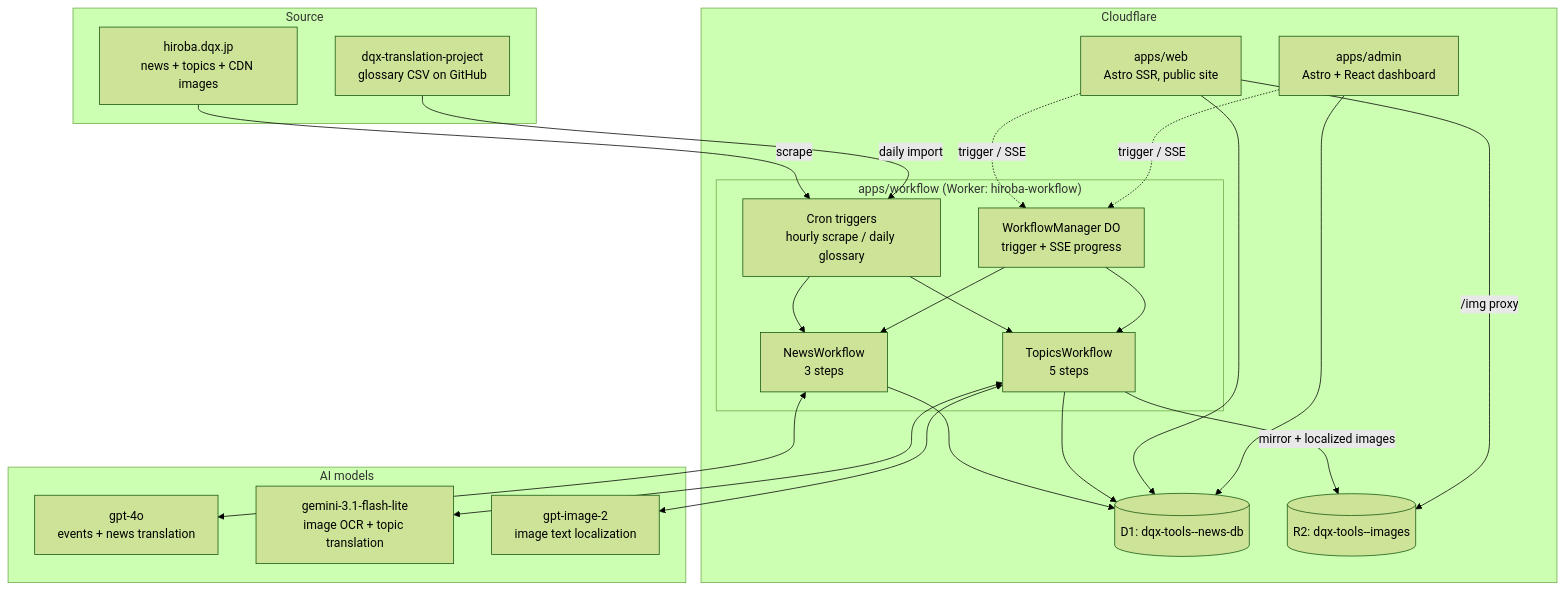
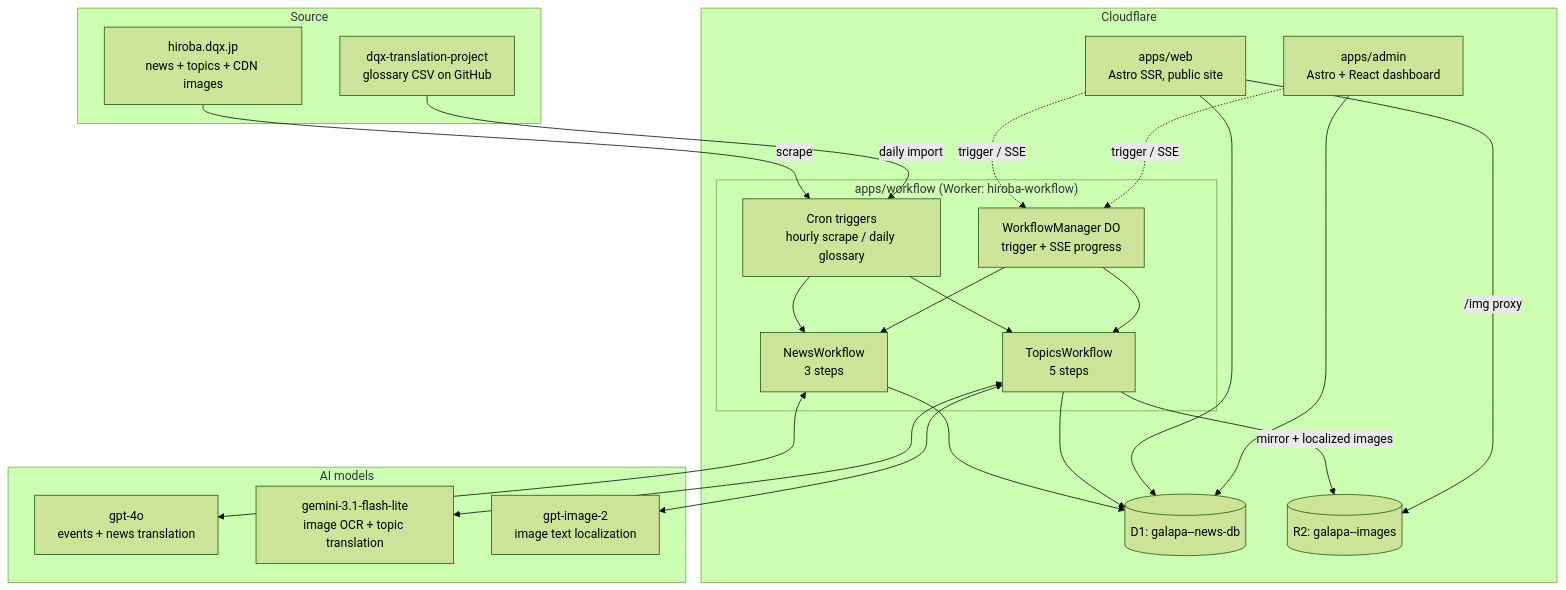
The first of 5 diagrams in README.md (galapa-dqx/hiroba), drawn with Mermaid (forest theme) before and after one commit. The commit also changed other lines of this file and 9 other files, not shown here.

First line of the commit message:
chore: rebrand to Galapa News (dqx-tools → galapa)

````diff
--- a/README.md
+++ b/README.md
@@ -10,40 +10,40 @@
 ```mermaid
 graph TD
     subgraph Source
         DQX[hiroba.dqx.jp<br/>news + topics + CDN images]
         GH[dqx-translation-project<br/>glossary CSV on GitHub]
     end
 
     subgraph Cloudflare
         subgraph WF["apps/workflow (Worker: hiroba-workflow)"]
             CRON[Cron triggers<br/>hourly scrape / daily glossary]
             NW[NewsWorkflow<br/>3 steps]
             TW[TopicsWorkflow<br/>5 steps]
             DO[WorkflowManager DO<br/>trigger + SSE progress]
         end
-        D1[(D1: dqx-tools--news-db)]
-        R2[(R2: dqx-tools--images)]
+        D1[(D1: galapa--news-db)]
+        R2[(R2: galapa--images)]
         WEB[apps/web<br/>Astro SSR, public site]
         ADMIN[apps/admin<br/>Astro + React dashboard]
     end
 
     subgraph Models["AI models"]
         GPT4O[gpt-4o<br/>events + news translation]
         GEM[gemini-3.1-flash-lite<br/>image OCR + topic translation]
         IMG[gpt-image-2<br/>image text localization]
     end
 
     DQX -->|scrape| CRON
     GH -->|daily import| CRON
     CRON --> NW & TW
     DO --> NW & TW
     NW <--> GPT4O
     TW <--> GEM & IMG
     NW --> D1
     TW --> D1
     TW -->|mirror + localized images| R2
     WEB --> D1
     WEB -->|/img proxy| R2
     ADMIN --> D1
     WEB & ADMIN -.->|trigger / SSE| DO
 ```
````
